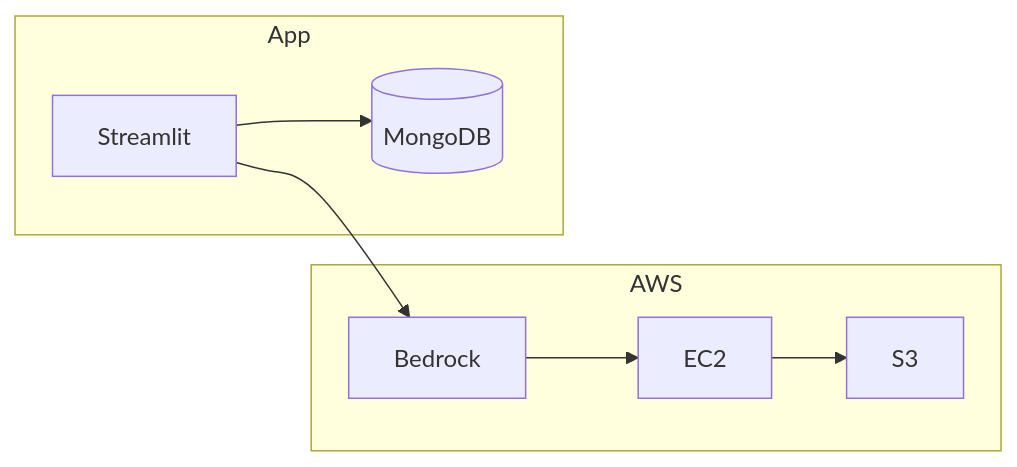
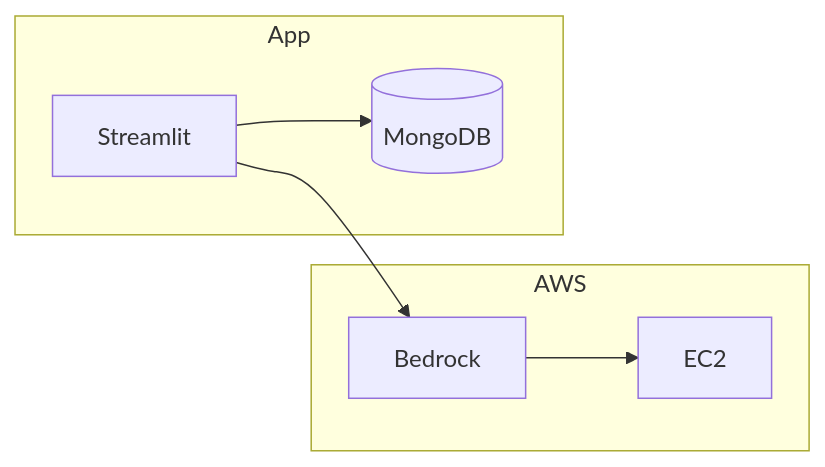
The second of 2 diagrams in README.md (miqbal303/triptales-genai-aws-bedrock), drawn with Mermaid before and after one commit. The commit also changed other lines of this file, not shown here.

Commit message:
Add Diagram

````diff
--- a/README.md
+++ b/README.md
@@ -54,11 +84,11 @@
 ```mermaid
 flowchart LR
     subgraph AWS
         B[Bedrock] --> C[EC2]
-        C --> D[S3]
+        
     end
     subgraph App
         A[Streamlit] --> B
         A --> E[(MongoDB)]
     end
 ```
````
